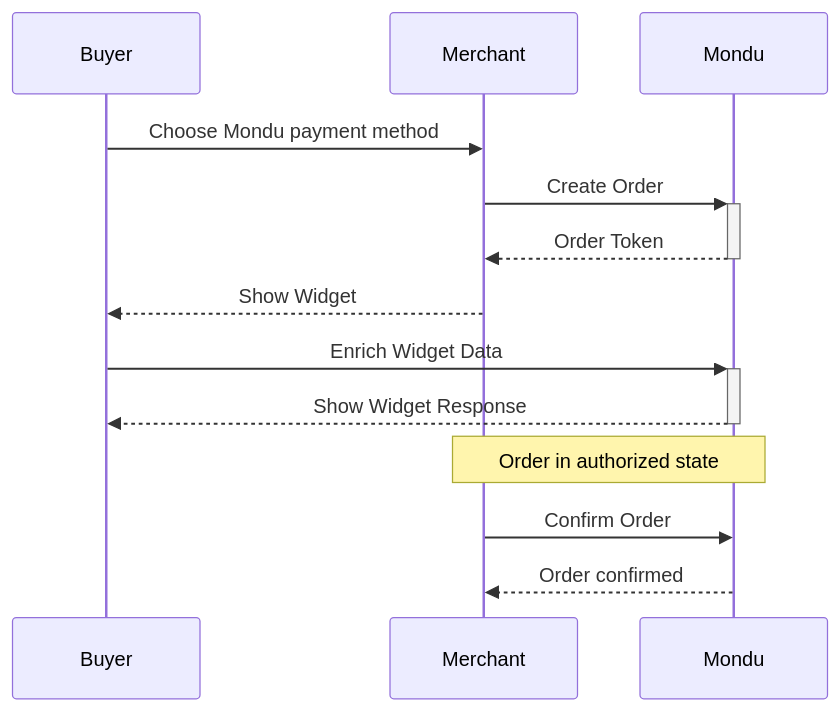
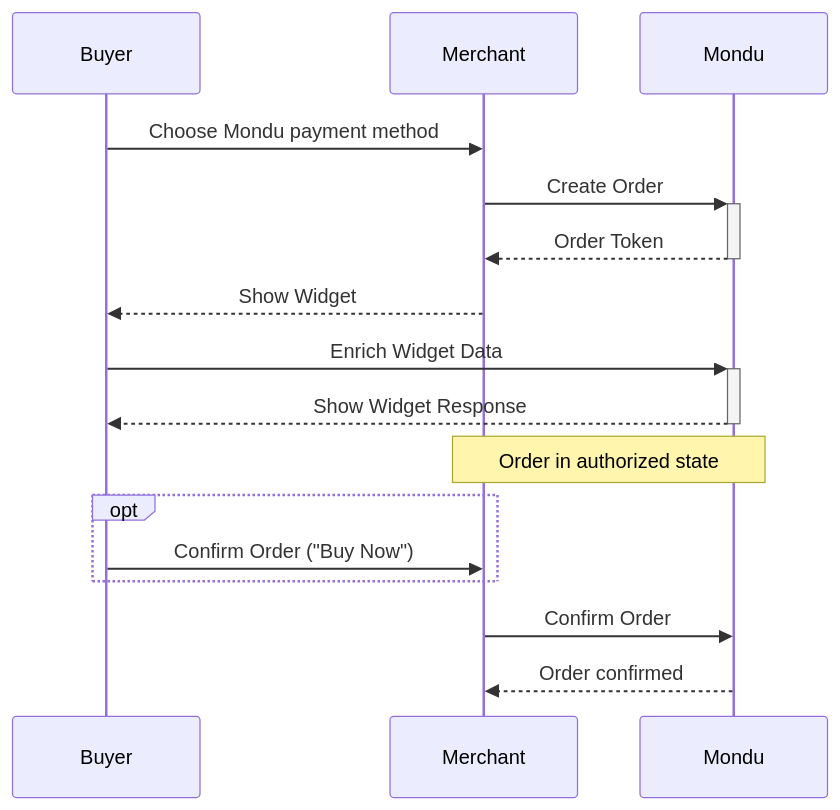
The second of 2 diagrams in README.md (hreinberger/mondu-node), drawn with Mermaid before and after one commit.

Commit message:
tweak auth flow chart

````diff
--- a/README.md
+++ b/README.md
@@ -65,12 +65,16 @@
 ```mermaid
 sequenceDiagram
     Buyer ->> Merchant: Choose Mondu payment method
     Merchant ->>+ Mondu: Create Order
     Mondu -->>- Merchant: Order Token
     Merchant -->> Buyer: Show Widget
     Buyer ->>+ Mondu: Enrich Widget Data 
     Mondu -->>- Buyer: Show Widget Response
     note over Merchant,Mondu: Order in authorized state
+    opt 
+        Buyer ->> Merchant: Confirm Order ("Buy Now")
+    end
     Merchant ->> Mondu: Confirm Order
     Mondu -->> Merchant: Order confirmed
+
 ```
````
